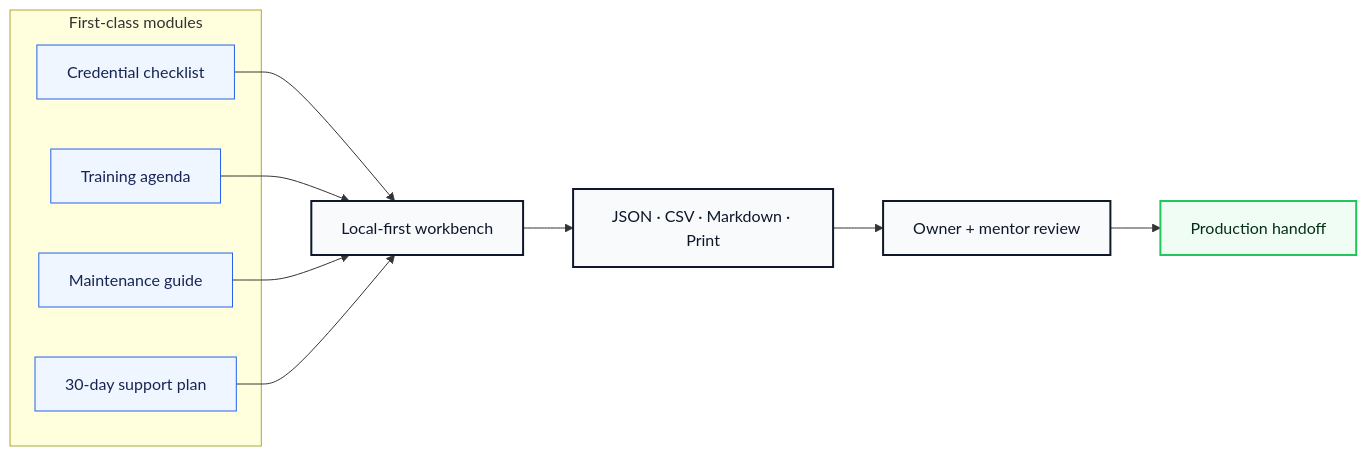
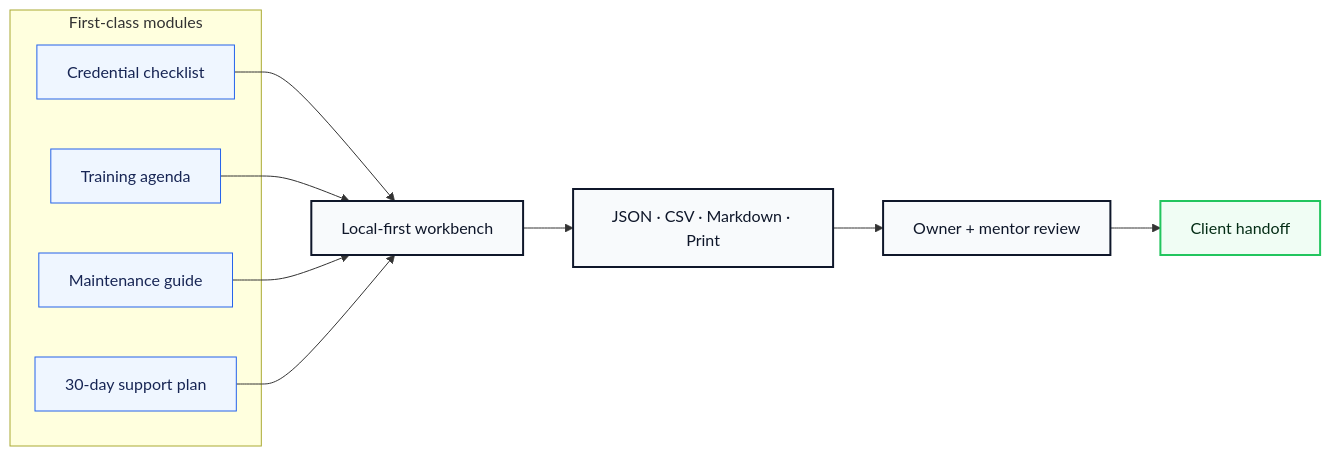
The second of 3 diagrams in README.md (volta-npo/client-handoff-standard), drawn with Mermaid before and after one commit. The commit also changed other lines of this file and 28 other files, not shown here.

````diff
--- a/README.md
+++ b/README.md
@@ -64,23 +64,23 @@
 ```mermaid
 flowchart LR
     subgraph Modules["First-class modules"]
         M1["Credential checklist"]
         M2["Training agenda"]
         M3["Maintenance guide"]
         M4["30-day support plan"]
     end
     M1 --> Workbench
     M2 --> Workbench
     M3 --> Workbench
     M4 --> Workbench
     Workbench["Local-first workbench"] --> Exports["JSON · CSV · Markdown · Print"]
     Exports --> Review["Owner + mentor review"]
-    Review --> Launch["Production handoff"]
+    Review --> Launch["Client handoff"]
 
     classDef module fill:#eff6ff,stroke:#2563eb,color:#172554;
     classDef app fill:#f8fafc,stroke:#0f172a,color:#0f172a,stroke-width:2px;
     classDef launch fill:#f0fdf4,stroke:#22c55e,color:#052e16,stroke-width:2px;
     class M1,M2,M3,M4 module;
     class Workbench,Exports,Review app;
     class Launch launch;
 ```
````
